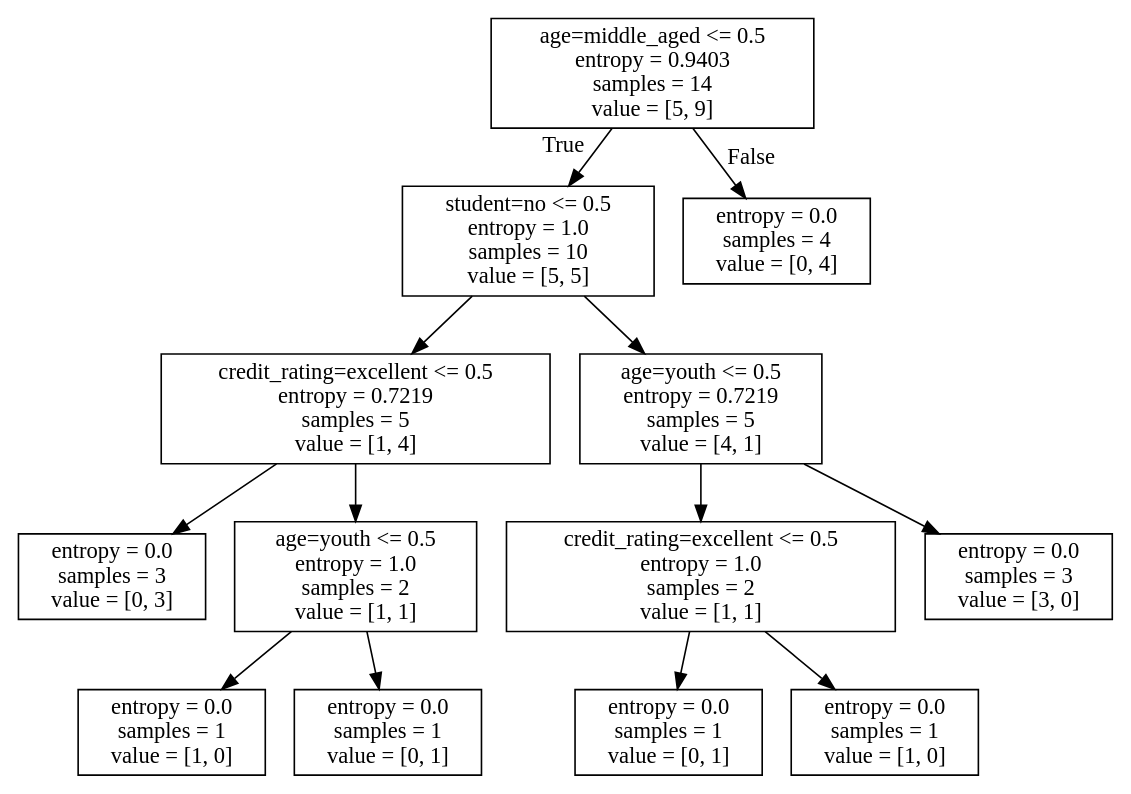
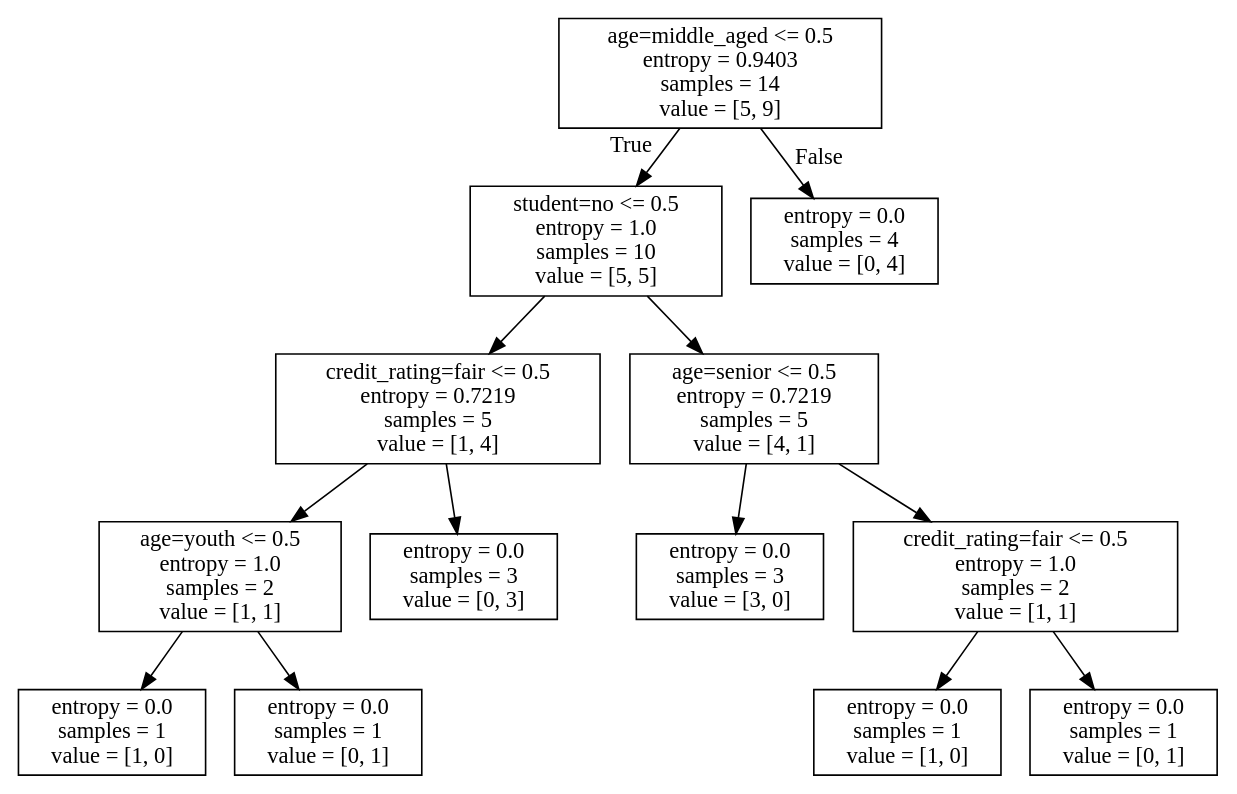
The diagram in DecisionTree/allElectronicInformationGainOri.dot (Ninlgde/MachineLearning), drawn with Graphviz before and after one commit. The commit also changed 7 other files, not shown here.

```diff
--- a/DecisionTree/allElectronicInformationGainOri.dot
+++ b/DecisionTree/allElectronicInformationGainOri.dot
@@ -1,28 +1,28 @@
 digraph Tree {
 node [shape=box] ;
 0 [label="age=middle_aged <= 0.5\nentropy = 0.9403\nsamples = 14\nvalue = [5, 9]"] ;
 1 [label="student=no <= 0.5\nentropy = 1.0\nsamples = 10\nvalue = [5, 5]"] ;
 0 -> 1 [labeldistance=2.5, labelangle=45, headlabel="True"] ;
-2 [label="credit_rating=excellent <= 0.5\nentropy = 0.7219\nsamples = 5\nvalue = [1, 4]"] ;
+2 [label="credit_rating=fair <= 0.5\nentropy = 0.7219\nsamples = 5\nvalue = [1, 4]"] ;
 1 -> 2 ;
-3 [label="entropy = 0.0\nsamples = 3\nvalue = [0, 3]"] ;
+3 [label="age=youth <= 0.5\nentropy = 1.0\nsamples = 2\nvalue = [1, 1]"] ;
 2 -> 3 ;
-4 [label="age=youth <= 0.5\nentropy = 1.0\nsamples = 2\nvalue = [1, 1]"] ;
-2 -> 4 ;
-5 [label="entropy = 0.0\nsamples = 1\nvalue = [1, 0]"] ;
-4 -> 5 ;
-6 [label="entropy = 0.0\nsamples = 1\nvalue = [0, 1]"] ;
-4 -> 6 ;
-7 [label="age=youth <= 0.5\nentropy = 0.7219\nsamples = 5\nvalue = [4, 1]"] ;
+4 [label="entropy = 0.0\nsamples = 1\nvalue = [1, 0]"] ;
+3 -> 4 ;
+5 [label="entropy = 0.0\nsamples = 1\nvalue = [0, 1]"] ;
+3 -> 5 ;
+6 [label="entropy = 0.0\nsamples = 3\nvalue = [0, 3]"] ;
+2 -> 6 ;
+7 [label="age=senior <= 0.5\nentropy = 0.7219\nsamples = 5\nvalue = [4, 1]"] ;
 1 -> 7 ;
-8 [label="credit_rating=excellent <= 0.5\nentropy = 1.0\nsamples = 2\nvalue = [1, 1]"] ;
+8 [label="entropy = 0.0\nsamples = 3\nvalue = [3, 0]"] ;
 7 -> 8 ;
-9 [label="entropy = 0.0\nsamples = 1\nvalue = [0, 1]"] ;
-8 -> 9 ;
+9 [label="credit_rating=fair <= 0.5\nentropy = 1.0\nsamples = 2\nvalue = [1, 1]"] ;
+7 -> 9 ;
 10 [label="entropy = 0.0\nsamples = 1\nvalue = [1, 0]"] ;
-8 -> 10 ;
-11 [label="entropy = 0.0\nsamples = 3\nvalue = [3, 0]"] ;
-7 -> 11 ;
+9 -> 10 ;
+11 [label="entropy = 0.0\nsamples = 1\nvalue = [0, 1]"] ;
+9 -> 11 ;
 12 [label="entropy = 0.0\nsamples = 4\nvalue = [0, 4]"] ;
 0 -> 12 [labeldistance=2.5, labelangle=-45, headlabel="False"] ;
 }
```
